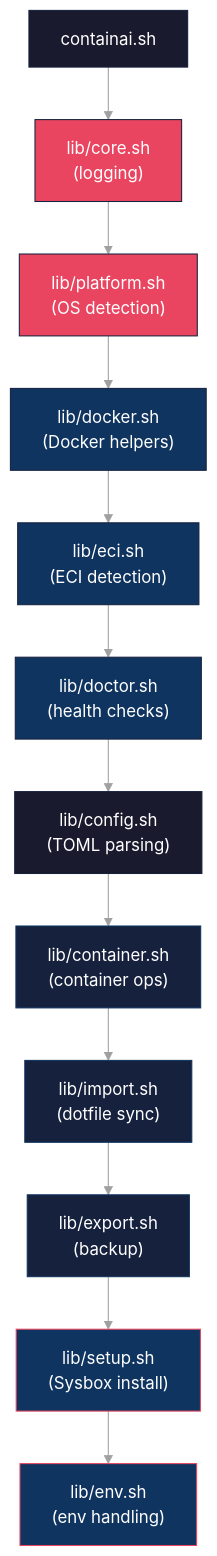
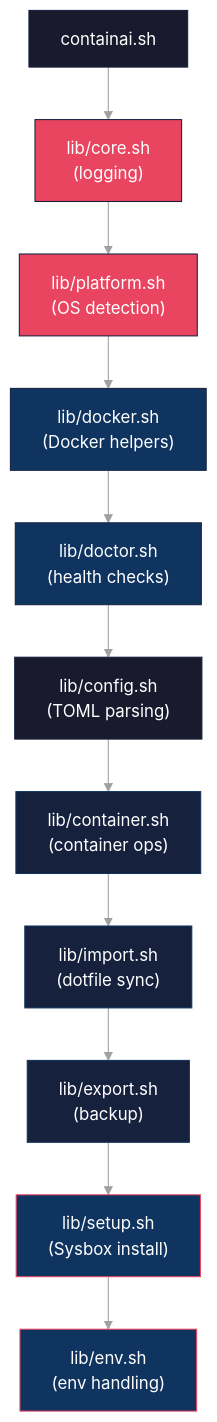
Before and after one commit to novotnyllc/ContainAI: the third of 8 diagrams in docs/architecture.md, drawn with Mermaid. The commit also changed other lines of this file and 3 other files, not shown here.

````diff
--- a/docs/architecture.md
+++ b/docs/architecture.md
@@ -131,37 +130,35 @@
 ```mermaid
 %%{init: {'theme': 'base', 'themeVariables': {
   'primaryColor': '#1a1a2e',
   'primaryTextColor': '#ffffff',
   'primaryBorderColor': '#16213e',
   'secondaryColor': '#0f3460',
   'tertiaryColor': '#1a1a2e',
   'lineColor': '#a0a0a0',
   'textColor': '#ffffff',
   'background': '#0d1117'
 }}}%%
 flowchart TD
     Main["containai.sh"] --> Core["lib/core.sh<br/>(logging)"]
     Core --> Platform["lib/platform.sh<br/>(OS detection)"]
     Platform --> Docker["lib/docker.sh<br/>(Docker helpers)"]
-    Docker --> ECI["lib/eci.sh<br/>(ECI detection)"]
-    ECI --> Doctor["lib/doctor.sh<br/>(health checks)"]
+    Docker --> Doctor["lib/doctor.sh<br/>(health checks)"]
     Doctor --> Config["lib/config.sh<br/>(TOML parsing)"]
     Config --> Container["lib/container.sh<br/>(container ops)"]
     Container --> Import["lib/import.sh<br/>(dotfile sync)"]
     Import --> Export["lib/export.sh<br/>(backup)"]
     Export --> Setup["lib/setup.sh<br/>(Sysbox install)"]
     Setup --> Env["lib/env.sh<br/>(env handling)"]
 
     style Main fill:#1a1a2e,stroke:#16213e,color:#fff
     style Core fill:#e94560,stroke:#16213e,color:#fff
     style Platform fill:#e94560,stroke:#16213e,color:#fff
     style Docker fill:#0f3460,stroke:#16213e,color:#fff
-    style ECI fill:#0f3460,stroke:#16213e,color:#fff
     style Doctor fill:#0f3460,stroke:#16213e,color:#fff
     style Config fill:#1a1a2e,stroke:#16213e,color:#fff
     style Container fill:#16213e,stroke:#0f3460,color:#fff
     style Import fill:#16213e,stroke:#0f3460,color:#fff
     style Export fill:#16213e,stroke:#0f3460,color:#fff
     style Setup fill:#0f3460,stroke:#e94560,color:#fff
     style Env fill:#0f3460,stroke:#e94560,color:#fff
 ```
````
